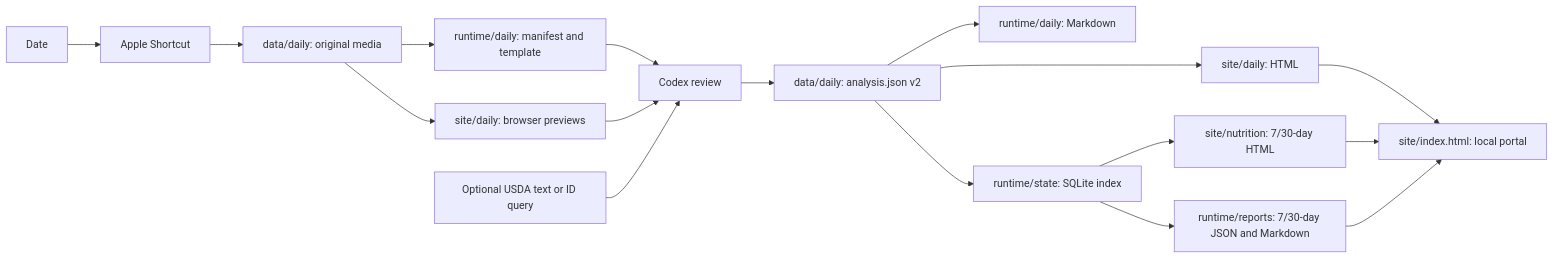
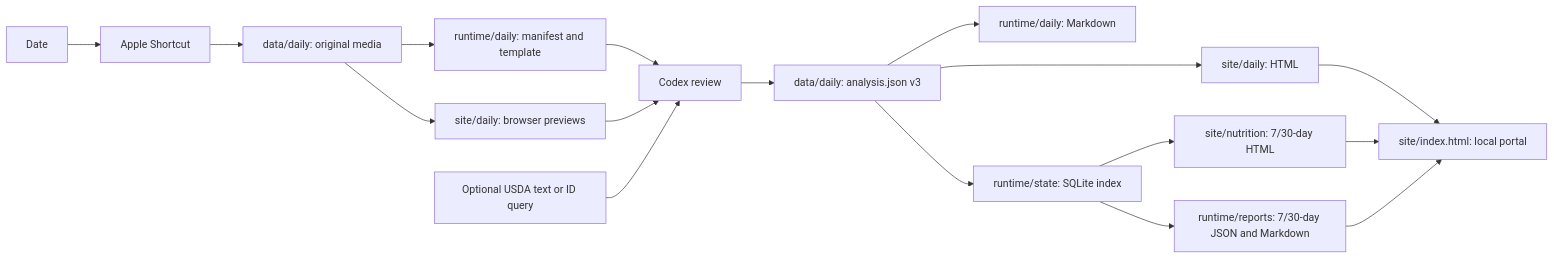
Before and after one commit to imathwy/health: the second of 2 diagrams in docs/architecture.md, drawn with Mermaid. The commit also changed other lines of this file and 23 other files, not shown here.

````diff
--- a/docs/architecture.md
+++ b/docs/architecture.md
@@ -65,19 +69,19 @@
 ```mermaid
 flowchart LR
     A[Date] --> B[Apple Shortcut]
     B --> C[data/daily: original media]
     C --> D[runtime/daily: manifest and template]
     C --> P[site/daily: browser previews]
     D --> E[Codex review]
     P --> E
     U[Optional USDA text or ID query] --> E
-    E --> F[data/daily: analysis.json v2]
+    E --> F[data/daily: analysis.json v3]
     F --> G[runtime/daily: Markdown]
     F --> W[site/daily: HTML]
     F --> H[runtime/state: SQLite index]
     H --> I[runtime/reports: 7/30-day JSON and Markdown]
     H --> T[site/nutrition: 7/30-day HTML]
     W --> J[site/index.html: local portal]
     T --> J
     I --> J
 ```
````
